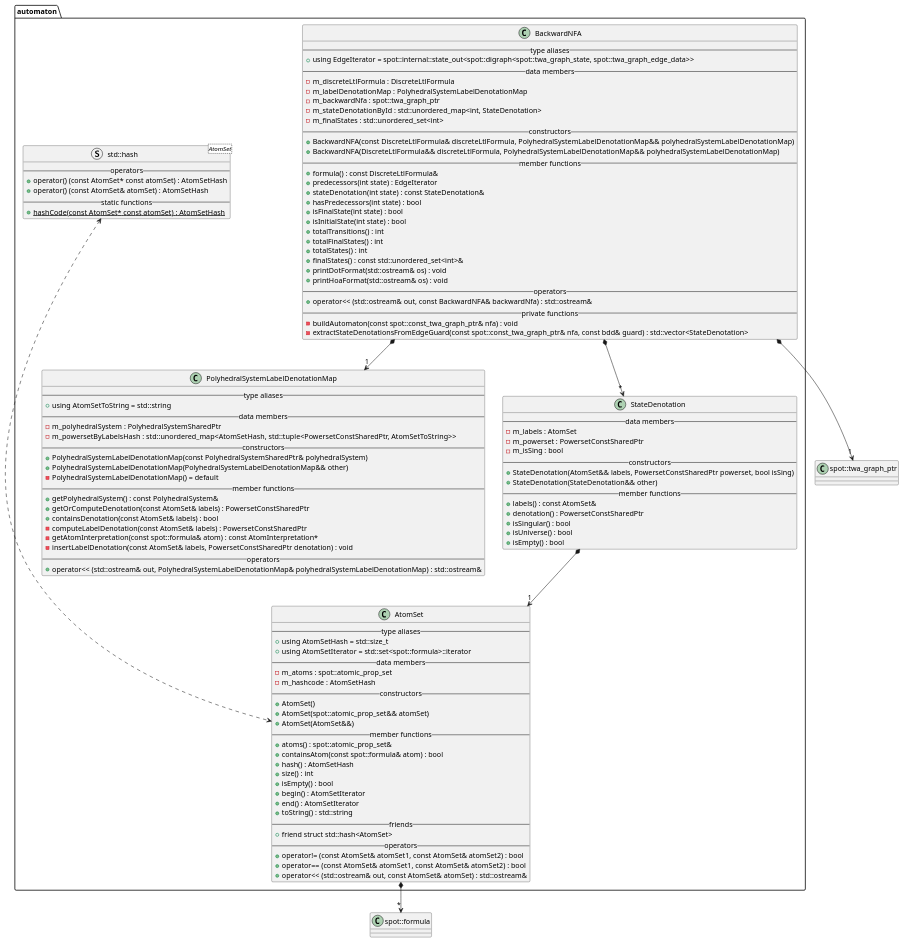
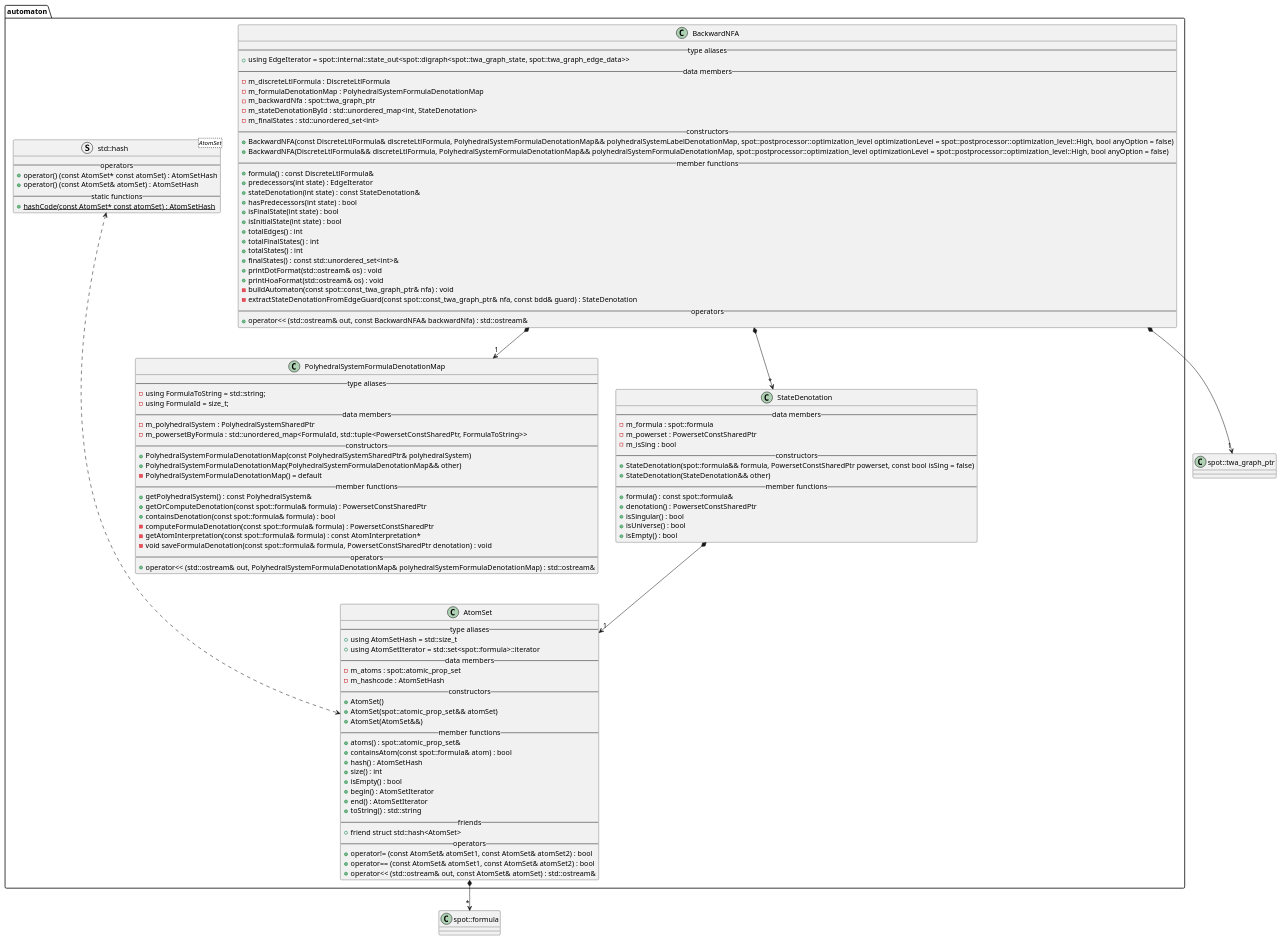
The diagram in docs/plantuml/automaton.puml (vtramo/rtl-mc), drawn with PlantUML before and after one commit. The commit also changed 35 other files, not shown here.

```diff
--- a/docs/plantuml/automaton.puml
+++ b/docs/plantuml/automaton.puml
@@ -1,120 +1,120 @@
 @startuml
 
 /' Objects '/
 package automaton {
     class AtomSet {
         --type aliases--
         +using AtomSetHash = std::size_t
         +using AtomSetIterator = std::set<spot::formula>::iterator
         --data members--
         -m_atoms : spot::atomic_prop_set
         -m_hashcode : AtomSetHash
         --constructors--
         +AtomSet()
         +AtomSet(spot::atomic_prop_set&& atomSet)
         +AtomSet(AtomSet&&)
         --member functions--
         +atoms() : spot::atomic_prop_set&
         +containsAtom(const spot::formula& atom) : bool
         +hash() : AtomSetHash
         +size() : int
         +isEmpty() : bool
         +begin() : AtomSetIterator
         +end() : AtomSetIterator
         +toString() : std::string
         --friends--
         +friend struct std::hash<AtomSet>
         --operators--
         +operator!= (const AtomSet& atomSet1, const AtomSet& atomSet2) : bool
         +operator== (const AtomSet& atomSet1, const AtomSet& atomSet2) : bool
         +operator<< (std::ostream& out, const AtomSet& atomSet) : std::ostream&
     }
 
     class BackwardNFA {
         --type aliases--
         +using EdgeIterator = spot::internal::state_out<spot::digraph<spot::twa_graph_state, spot::twa_graph_edge_data>>
         --data members--
         -m_discreteLtlFormula : DiscreteLtlFormula
-        -m_labelDenotationMap : PolyhedralSystemLabelDenotationMap
+        -m_formulaDenotationMap : PolyhedralSystemFormulaDenotationMap
         -m_backwardNfa : spot::twa_graph_ptr
         -m_stateDenotationById : std::unordered_map<int, StateDenotation>
         -m_finalStates : std::unordered_set<int>
         --constructors--
-        +BackwardNFA(const DiscreteLtlFormula& discreteLtlFormula, PolyhedralSystemLabelDenotationMap&& polyhedralSystemLabelDenotationMap)
-        +BackwardNFA(DiscreteLtlFormula&& discreteLtlFormula, PolyhedralSystemLabelDenotationMap&& polyhedralSystemLabelDenotationMap)
+        +BackwardNFA(const DiscreteLtlFormula& discreteLtlFormula, PolyhedralSystemFormulaDenotationMap&& polyhedralSystemLabelDenotationMap, spot::postprocessor::optimization_level optimizationLevel = spot::postprocessor::optimization_level::High, bool anyOption = false)
+        +BackwardNFA(DiscreteLtlFormula&& discreteLtlFormula, PolyhedralSystemFormulaDenotationMap&& polyhedralSystemFormulaDenotationMap, spot::postprocessor::optimization_level optimizationLevel = spot::postprocessor::optimization_level::High, bool anyOption = false)
         --member functions--
         +formula() : const DiscreteLtlFormula&
         +predecessors(int state) : EdgeIterator
         +stateDenotation(int state) : const StateDenotation&
         +hasPredecessors(int state) : bool
         +isFinalState(int state) : bool
         +isInitialState(int state) : bool
-        +totalTransitions() : int
+        +totalEdges() : int
         +totalFinalStates() : int
         +totalStates() : int
         +finalStates() : const std::unordered_set<int>&
         +printDotFormat(std::ostream& os) : void
         +printHoaFormat(std::ostream& os) : void
+        -buildAutomaton(const spot::const_twa_graph_ptr& nfa) : void
+        -extractStateDenotationFromEdgeGuard(const spot::const_twa_graph_ptr& nfa, const bdd& guard) : StateDenotation
         --operators--
         +operator<< (std::ostream& out, const BackwardNFA& backwardNfa) : std::ostream&
-        --private functions--
-        -buildAutomaton(const spot::const_twa_graph_ptr& nfa) : void
-        -extractStateDenotationsFromEdgeGuard(const spot::const_twa_graph_ptr& nfa, const bdd& guard) : std::vector<StateDenotation>
     }
 
-    class PolyhedralSystemLabelDenotationMap {
+    class PolyhedralSystemFormulaDenotationMap {
         --type aliases--
-        +using AtomSetToString = std::string
+        -using FormulaToString = std::string;
+        -using FormulaId = size_t;
         --data members--
         -m_polyhedralSystem : PolyhedralSystemSharedPtr
-        -m_powersetByLabelsHash : std::unordered_map<AtomSetHash, std::tuple<PowersetConstSharedPtr, AtomSetToString>>
+        -m_powersetByFormula : std::unordered_map<FormulaId, std::tuple<PowersetConstSharedPtr, FormulaToString>>
         --constructors--
-        +PolyhedralSystemLabelDenotationMap(const PolyhedralSystemSharedPtr& polyhedralSystem)
-        +PolyhedralSystemLabelDenotationMap(PolyhedralSystemLabelDenotationMap&& other)
-        -PolyhedralSystemLabelDenotationMap() = default
+        +PolyhedralSystemFormulaDenotationMap(const PolyhedralSystemSharedPtr& polyhedralSystem)
+        +PolyhedralSystemFormulaDenotationMap(PolyhedralSystemFormulaDenotationMap&& other)
+        -PolyhedralSystemFormulaDenotationMap() = default
         --member functions--
         +getPolyhedralSystem() : const PolyhedralSystem&
-        +getOrComputeDenotation(const AtomSet& labels) : PowersetConstSharedPtr
-        +containsDenotation(const AtomSet& labels) : bool
-        -computeLabelDenotation(const AtomSet& labels) : PowersetConstSharedPtr
-        -getAtomInterpretation(const spot::formula& atom) : const AtomInterpretation*
-        -insertLabelDenotation(const AtomSet& labels, PowersetConstSharedPtr denotation) : void
+        +getOrComputeDenotation(const spot::formula& formula) : PowersetConstSharedPtr
+        +containsDenotation(const spot::formula& formula) : bool
+        -computeFormulaDenotation(const spot::formula& formula) : PowersetConstSharedPtr
+        -getAtomInterpretation(const spot::formula& formula) : const AtomInterpretation*
+        -void saveFormulaDenotation(const spot::formula& formula, PowersetConstSharedPtr denotation) : void
         --operators--
-        +operator<< (std::ostream& out, PolyhedralSystemLabelDenotationMap& polyhedralSystemLabelDenotationMap) : std::ostream&
+        +operator<< (std::ostream& out, PolyhedralSystemFormulaDenotationMap& polyhedralSystemFormulaDenotationMap) : std::ostream&
     }
 
     class StateDenotation {
         --data members--
-        -m_labels : AtomSet
+        -m_formula : spot::formula
         -m_powerset : PowersetConstSharedPtr
         -m_isSing : bool
         --constructors--
-        +StateDenotation(AtomSet&& labels, PowersetConstSharedPtr powerset, bool isSing)
+        +StateDenotation(spot::formula&& formula, PowersetConstSharedPtr powerset, const bool isSing = false)
         +StateDenotation(StateDenotation&& other)
         --member functions--
-        +labels() : const AtomSet&
+        +formula() : const spot::formula&
         +denotation() : PowersetConstSharedPtr
         +isSingular() : bool
         +isUniverse() : bool
         +isEmpty() : bool
     }
 
     struct std::hash<AtomSet> {
         --operators--
         +operator() (const AtomSet* const atomSet) : AtomSetHash
         +operator() (const AtomSet& atomSet) : AtomSetHash
         --static functions--
         +{static} hashCode(const AtomSet* const atomSet) : AtomSetHash
     }
 }
 
 class spot::twa_graph_ptr {}
 class spot::formula {}
 
 BackwardNFA *--> "1" spot::twa_graph_ptr
-BackwardNFA *--> "1" PolyhedralSystemLabelDenotationMap
+BackwardNFA *--> "1" PolyhedralSystemFormulaDenotationMap
 BackwardNFA *--> "*" StateDenotation
 StateDenotation *--> "1" AtomSet
 AtomSet *--> "*" spot::formula
 std::hash <...> AtomSet
 @enduml
```
